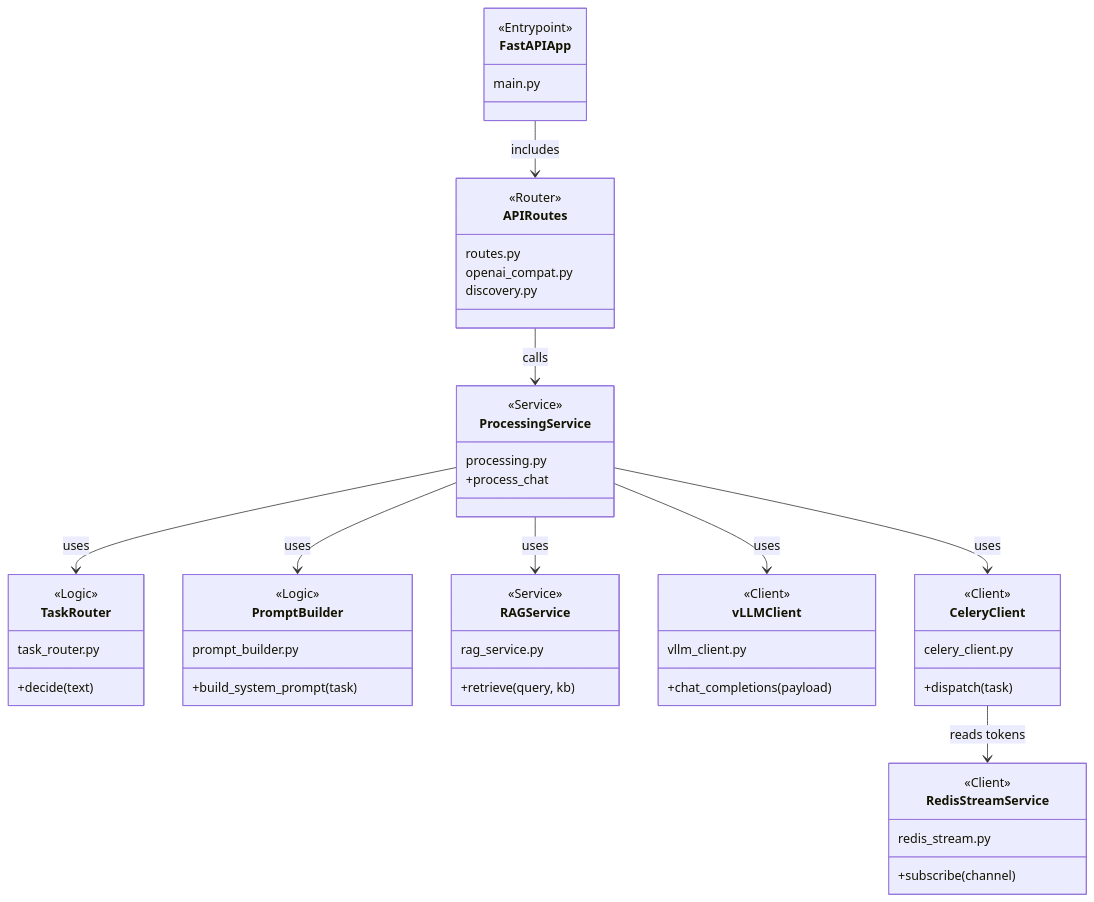
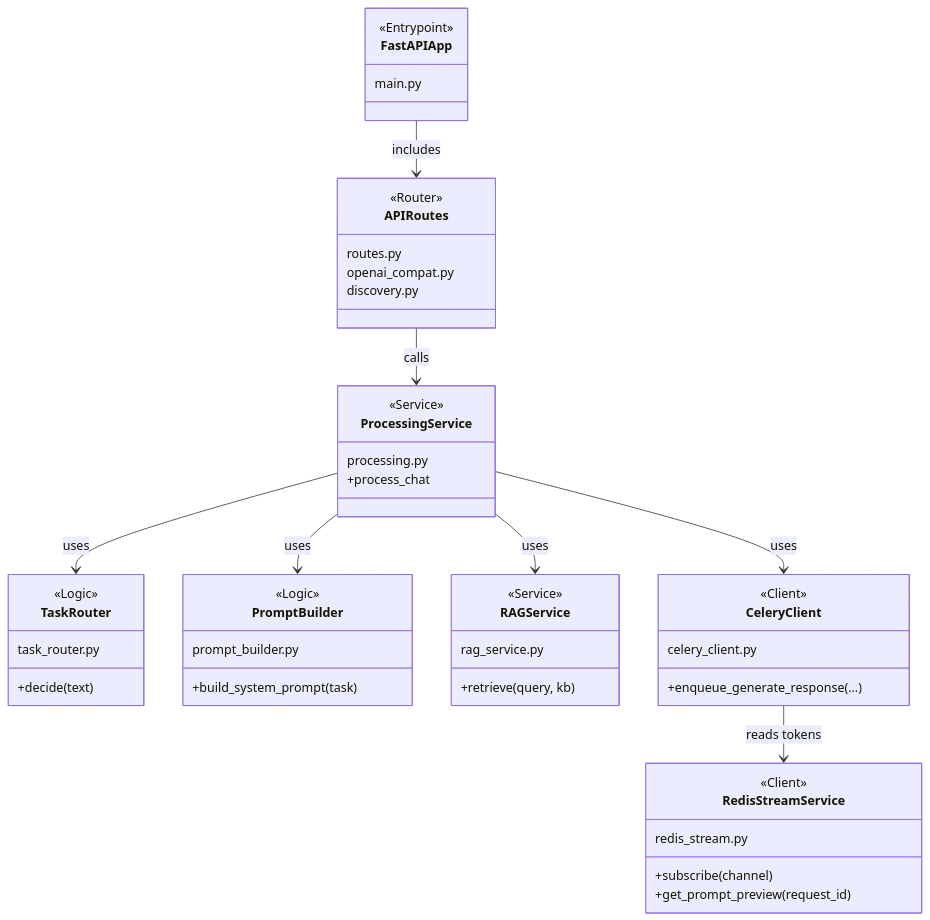
One commit to MrArizona42/agent-042 changed the second of 2 diagrams in src/gateway/README.md. Above: the diagram before and after it, drawn with Mermaid. The commit also changed other lines of this file and 7 other files, not shown here.

````diff
--- a/src/gateway/README.md
+++ b/src/gateway/README.md
@@ -37,57 +38,52 @@
 ```mermaid
 classDiagram
     class FastAPIApp {
         <<Entrypoint>>
         main.py
     }
     class APIRoutes {
         <<Router>>
         routes.py
         openai_compat.py
         discovery.py
     }
     class ProcessingService {
         <<Service>>
         processing.py
         +process_chat
     }
     class TaskRouter {
         <<Logic>>
         task_router.py
         +decide(text)
     }
     class PromptBuilder {
         <<Logic>>
         prompt_builder.py
         +build_system_prompt(task)
     }
     class RAGService {
         <<Service>>
         rag_service.py
         +retrieve(query, kb)
     }
-    class vLLMClient {
-        <<Client>>
-        vllm_client.py
-        +chat_completions(payload)
-    }
     class CeleryClient {
         <<Client>>
         celery_client.py
-        +dispatch(task)
+        +enqueue_generate_response(...)
     }
     class RedisStreamService {
         <<Client>>
         redis_stream.py
         +subscribe(channel)
+        +get_prompt_preview(request_id)
     }
 
     FastAPIApp --> APIRoutes : includes
     APIRoutes --> ProcessingService : calls
     ProcessingService --> TaskRouter : uses
     ProcessingService --> PromptBuilder : uses
     ProcessingService --> RAGService : uses
-    ProcessingService --> vLLMClient : uses
     ProcessingService --> CeleryClient : uses
     CeleryClient --> RedisStreamService : reads tokens
 ```
````
